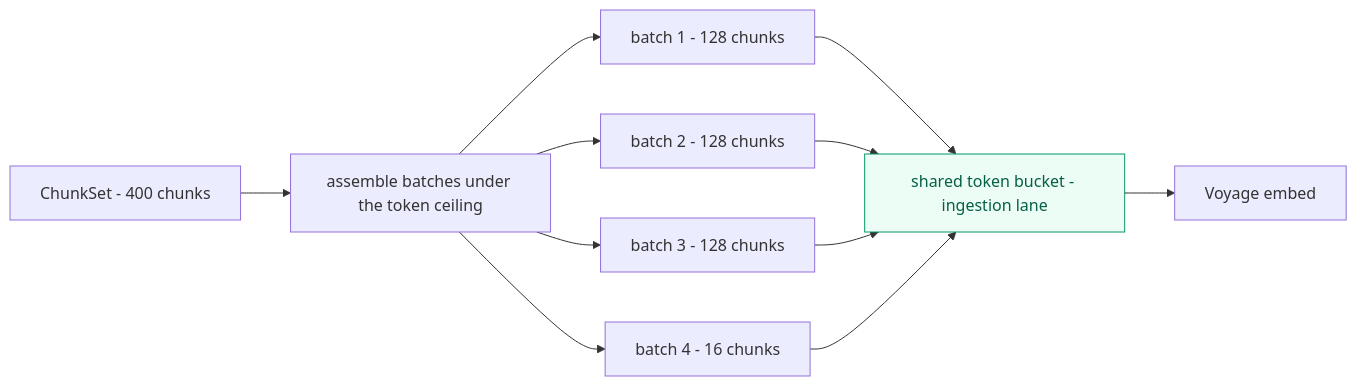
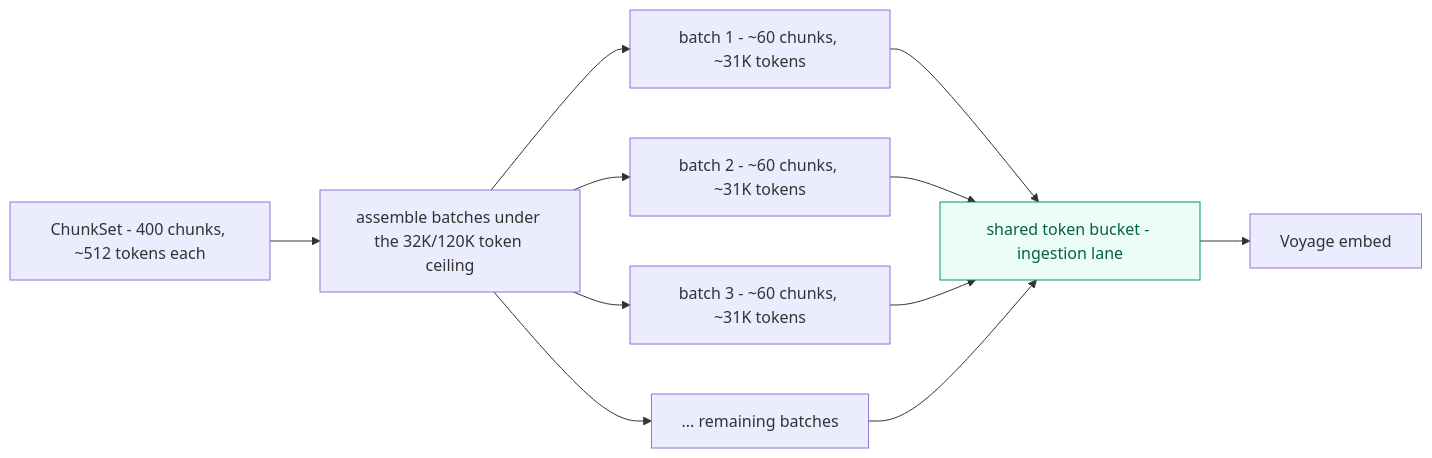
One commit to moisturicer/IRIS changed the tenth of 11 diagrams in docs/chunker_architecture.md. Above: the diagram before and after it, drawn with Mermaid. The commit also changed other lines of this file and 3 other files, not shown here.

````diff
--- a/docs/chunker_architecture.md
+++ b/docs/chunker_architecture.md
@@ -698,15 +760,15 @@
 ```mermaid
 flowchart LR
-  CS["ChunkSet - 400 chunks"] --> B["assemble batches under the token ceiling"]
-  B --> B1["batch 1 - 128 chunks"]
-  B --> B2["batch 2 - 128 chunks"]
-  B --> B3["batch 3 - 128 chunks"]
-  B --> B4["batch 4 - 16 chunks"]
+  CS["ChunkSet - 400 chunks, ~512 tokens each"] --> B["assemble batches under the 32K/120K token ceiling"]
+  B --> B1["batch 1 - ~60 chunks, ~31K tokens"]
+  B --> B2["batch 2 - ~60 chunks, ~31K tokens"]
+  B --> B3["batch 3 - ~60 chunks, ~31K tokens"]
+  B --> BN["... remaining batches"]
   B1 --> RL["shared token bucket - ingestion lane"]
   B2 --> RL
   B3 --> RL
-  B4 --> RL
+  BN --> RL
   RL --> API["Voyage embed"]
   classDef good fill:#ecfdf5,stroke:#059669,color:#065f46;
   class RL good
 ```
````
